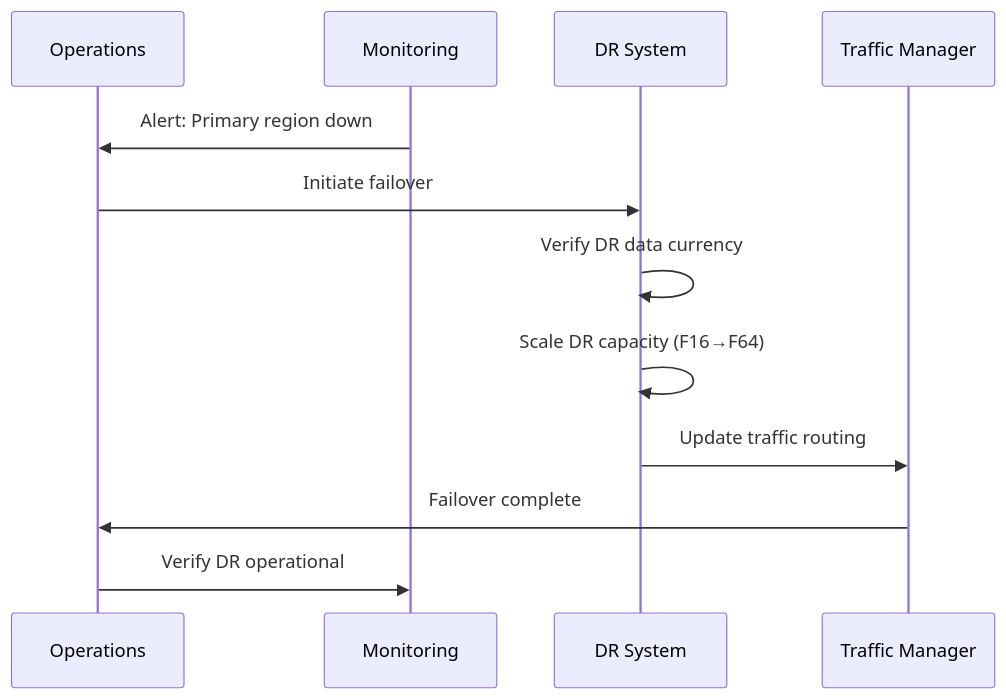
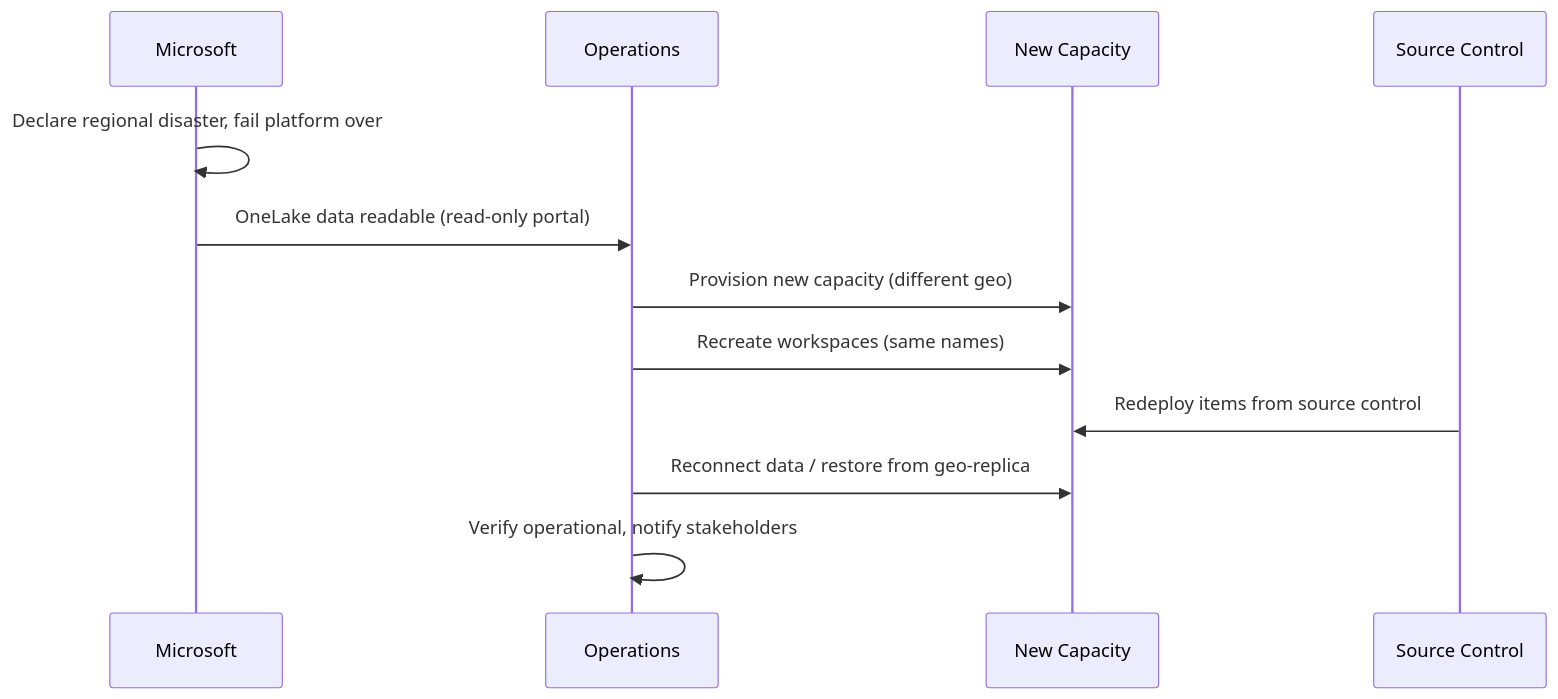
Before and after one commit to fgarofalo56/Supercharge_Microsoft_Fabric: the second of 2 diagrams in docs/disaster-recovery.md, drawn with Mermaid. The commit also changed other lines of this file and 3 other files, not shown here.

````diff
--- a/docs/disaster-recovery.md
+++ b/docs/disaster-recovery.md
@@ -180,15 +211,15 @@
 ```mermaid
 sequenceDiagram
+    participant MS as Microsoft
     participant Ops as Operations
-    participant Monitor as Monitoring
-    participant DR as DR System
-    participant DNS as Traffic Manager
+    participant Cap as New Capacity
+    participant Git as Source Control
 
-    Monitor->>Ops: Alert: Primary region down
-    Ops->>DR: Initiate failover
-    DR->>DR: Verify DR data currency
-    DR->>DR: Scale DR capacity (F16→F64)
-    DR->>DNS: Update traffic routing
-    DNS->>Ops: Failover complete
-    Ops->>Monitor: Verify DR operational
+    MS->>MS: Declare regional disaster, fail platform over
+    MS->>Ops: OneLake data readable (read-only portal)
+    Ops->>Cap: Provision new capacity (different geo)
+    Ops->>Cap: Recreate workspaces (same names)
+    Git->>Cap: Redeploy items from source control
+    Ops->>Cap: Reconnect data / restore from geo-replica
+    Ops->>Ops: Verify operational, notify stakeholders
 ```
````
